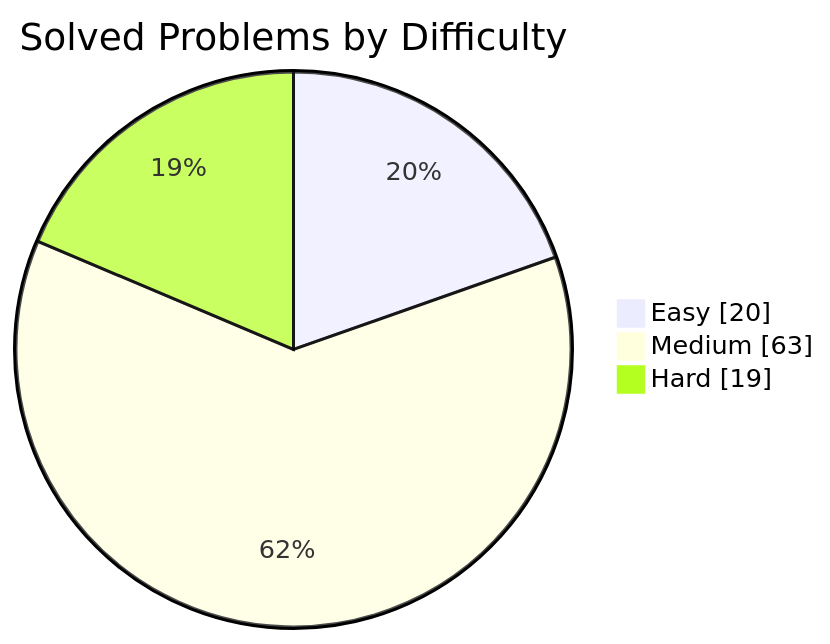
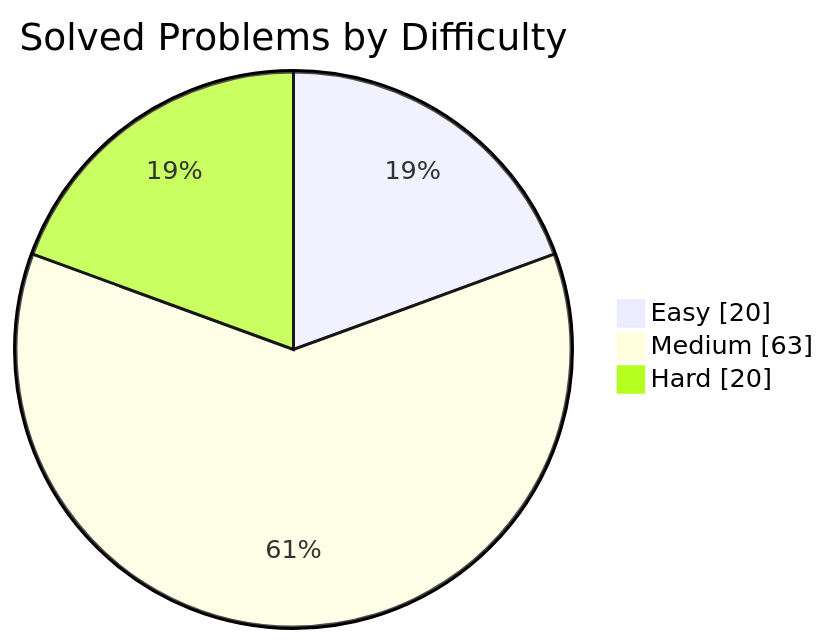
The first of 2 diagrams in README.md (manikantbindass/DSA-Preparation-FAANG), drawn with Mermaid before and after one commit. The commit also changed other lines of this file and 9 other files, not shown here.

````diff
--- a/README.md
+++ b/README.md
@@ -38,7 +38,7 @@
 ```mermaid
 pie showData
     title Solved Problems by Difficulty
     "Easy" : 20
     "Medium" : 63
-    "Hard" : 19
+    "Hard" : 20
 ```
````
